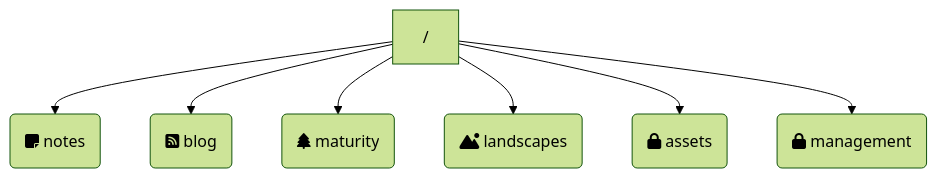
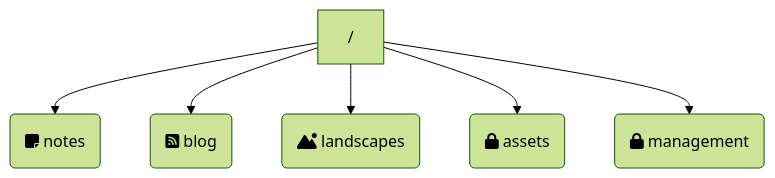
One commit to quantumgardener/qg.blog changed the diagram in content/notes/Quartz 4.md. Above: the diagram before and after it, drawn with Mermaid (forest theme). The commit also changed other lines of this file and 234 other files, not shown here.

````diff
--- a/content/notes/Quartz 4.md
+++ b/content/notes/Quartz 4.md
@@ -16,9 +16,8 @@
 ```mermaid
 flowchart TD
     A["/"] --> B(fa:fa-note-sticky notes)
     A --> C(fa:fa-square-rss blog)
-    A --> E(fa:fa-tree maturity)
     A --> F(fa:fa-mountain-sun landscapes)
     A --> D(fa:fa-lock assets)
     A --> G(fa:fa-lock management)
 ```
````
